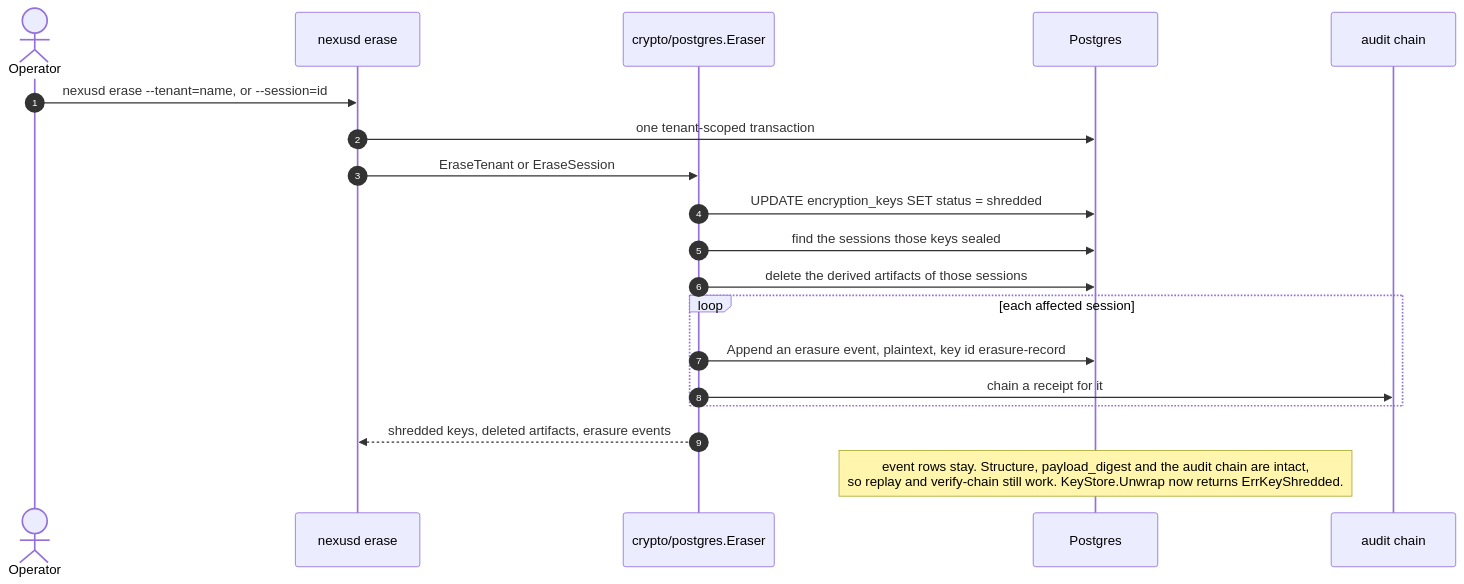
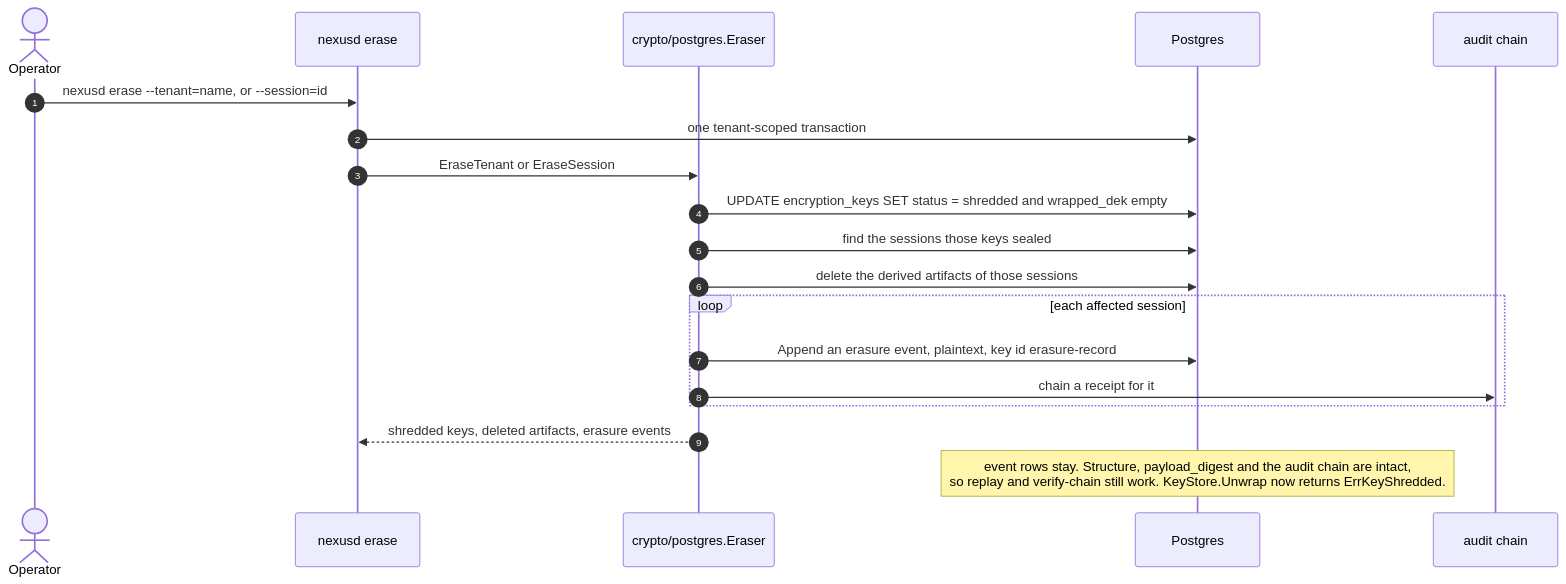
One commit to truongpx396/nexus-agent-demo changed diagram 20 of 20 in docs/architecture.md. Above: the diagram before and after it, drawn with Mermaid. The commit also changed other lines of this file and 29 other files, not shown here.

First line of the commit message:
perf: batch a run's opening events, empty a shredded key, and make the queue visible and tunable (#131)

````diff
--- a/docs/architecture.md
+++ b/docs/architecture.md
@@ -829,22 +829,22 @@
 ```mermaid
 sequenceDiagram
     autonumber
     actor Op as Operator
     participant CLI as nexusd erase
     participant E as crypto/postgres.Eraser
     participant PG as Postgres
     participant C as audit chain
 
     Op->>CLI: nexusd erase --tenant=name, or --session=id
     CLI->>PG: one tenant-scoped transaction
     CLI->>E: EraseTenant or EraseSession
-    E->>PG: UPDATE encryption_keys SET status = shredded
+    E->>PG: UPDATE encryption_keys SET status = shredded and wrapped_dek empty
     E->>PG: find the sessions those keys sealed
     E->>PG: delete the derived artifacts of those sessions
     loop each affected session
         E->>PG: Append an erasure event, plaintext, key id erasure-record
         E->>C: chain a receipt for it
     end
     E-->>CLI: shredded keys, deleted artifacts, erasure events
     Note over PG: event rows stay. Structure, payload_digest and the audit chain are intact,<br/>so replay and verify-chain still work. KeyStore.Unwrap now returns ErrKeyShredded.
 ```
````
